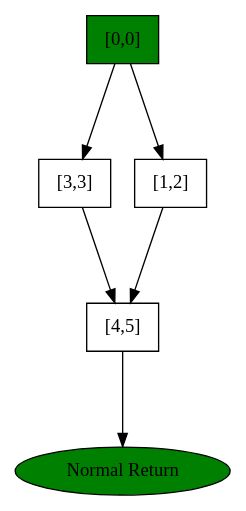
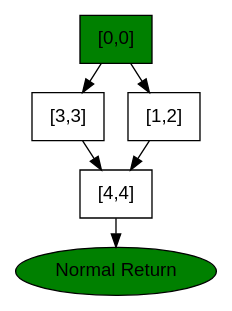
One commit to stg-tud/apsa changed the diagram in 2016/lecture/APSA-02-Java Bytecode-maxAlt.tac.cfg.dot. Above: the diagram before and after it, drawn with Graphviz. The commit also changed 4 other files, not shown here.

```diff
--- a/2016/lecture/APSA-02-Java Bytecode-maxAlt.tac.cfg.dot
+++ b/2016/lecture/APSA-02-Java Bytecode-maxAlt.tac.cfg.dot
@@ -1,14 +1,15 @@
 digraph G {
 	dir=forward;
-	ranksep=1.0;
+	ranksep=0.3;
+	node [fontname="Helvetica"]
 	0["style"="filled","label"="[0,0]","fillcolor"="green","labelloc"="l","shape"="box"];
 	0 -> 8 [dir=forward];
 	0 -> 5 [dir=forward];
 	8["shape"="box","labelloc"="l","label"="[3,3]"];
 	8 -> 10 [dir=forward];
 	5["shape"="box","labelloc"="l","label"="[1,2]"];
 	5 -> 10 [dir=forward];
-	10["shape"="box","labelloc"="l","label"="[4,5]"];
+	10["shape"="box","labelloc"="l","label"="[4,4]"];
 	10 -> -9223372036854775808 [dir=forward];
 	-9223372036854775808["labelloc"="l","fillcolor"="green","style"="filled","label"="Normal Return"];
 }
```
